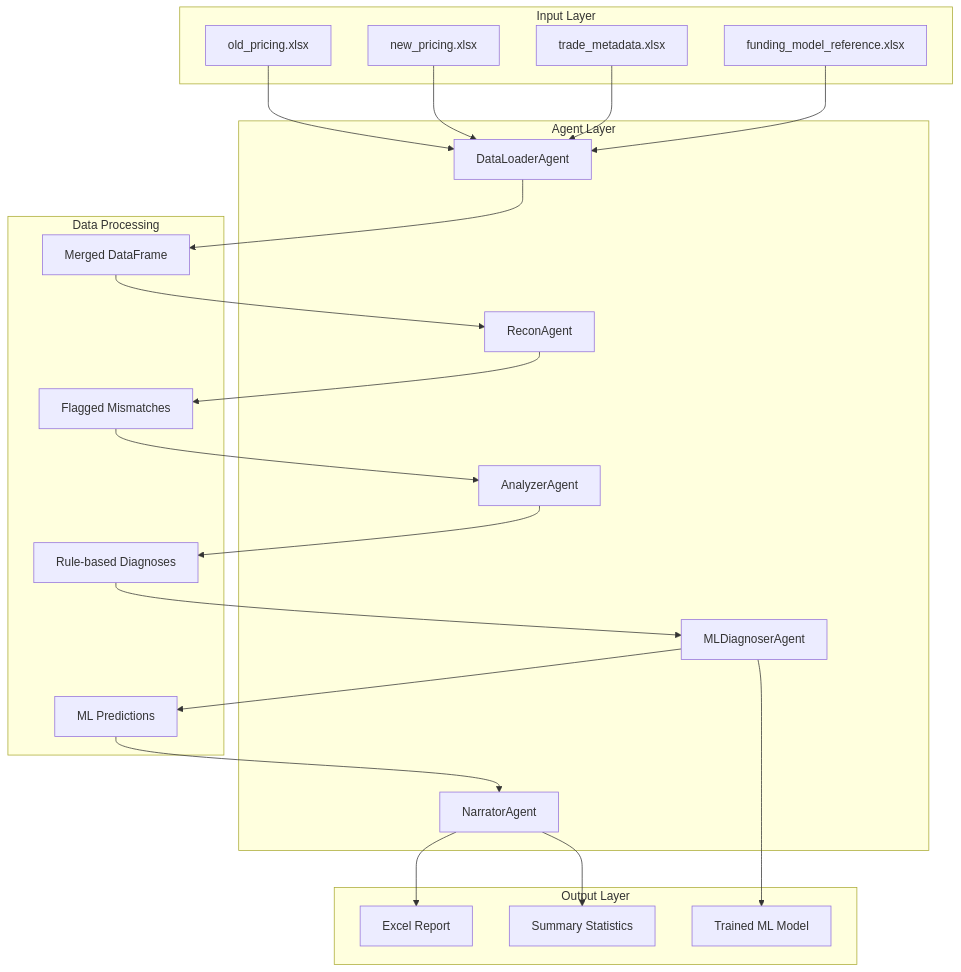
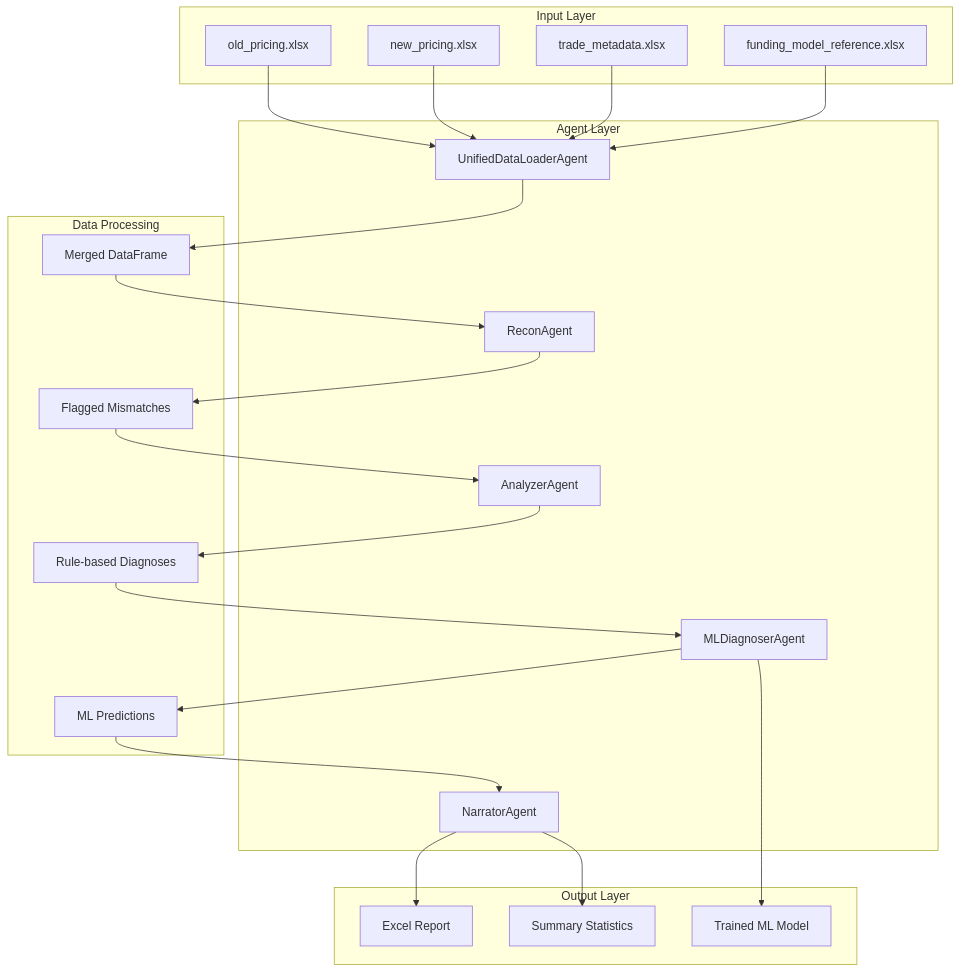
Before and after one commit to ksmadhavareddy/recon-ai: the first of 21 diagrams in docs/DIAGRAMS.md, drawn with Mermaid. The commit also changed other lines of this file and 3 other files, not shown here.

First line of the commit message:
docs: update remaining documentation files to reflect unified data loader

````diff
--- a/docs/DIAGRAMS.md
+++ b/docs/DIAGRAMS.md
@@ -9,46 +9,46 @@
 ```mermaid
 graph TB
     subgraph "Input Layer"
         A[old_pricing.xlsx]
         B[new_pricing.xlsx]
         C[trade_metadata.xlsx]
         D[funding_model_reference.xlsx]
     end
     
     subgraph "Agent Layer"
-        E[DataLoaderAgent]
+        E[UnifiedDataLoaderAgent]
         F[ReconAgent]
         G[AnalyzerAgent]
         H[MLDiagnoserAgent]
         I[NarratorAgent]
     end
     
     subgraph "Data Processing"
         J[Merged DataFrame]
         K[Flagged Mismatches]
         L[Rule-based Diagnoses]
         M[ML Predictions]
     end
     
     subgraph "Output Layer"
         N[Excel Report]
         O[Trained ML Model]
         P[Summary Statistics]
     end
     
     A --> E
     B --> E
     C --> E
     D --> E
     E --> J
     J --> F
     F --> K
     K --> G
     G --> L
     L --> H
     H --> M
     M --> I
     I --> N
     I --> P
     H --> O
 ```
````
